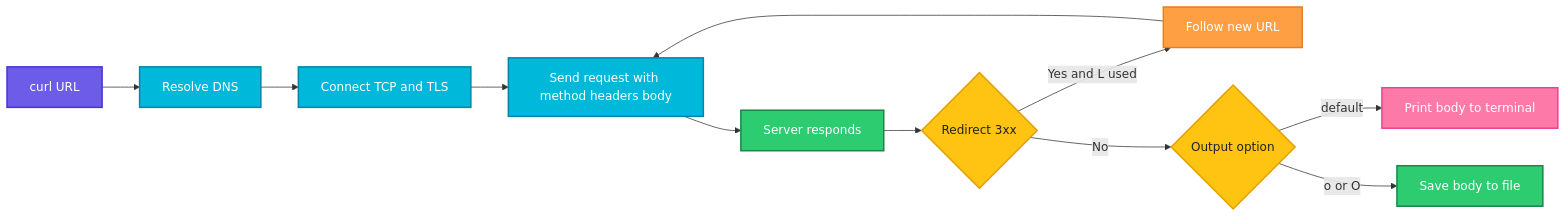
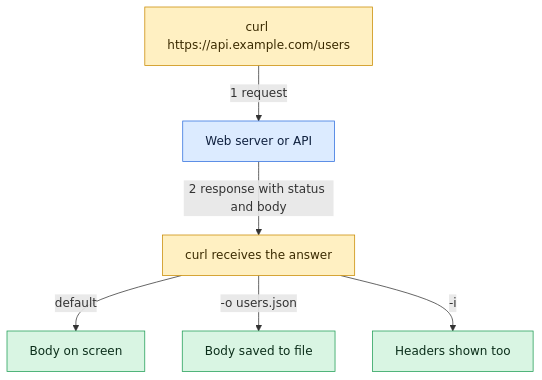
The diagram in linux/networking/curl.md (codeKerdosTech/DevOps-Documentation), drawn with Mermaid before and after one commit. The commit also changed other lines of this file and 165 other files, not shown here.

Commit message:
updated diagrams in linux

````diff
--- a/linux/networking/curl.md
+++ b/linux/networking/curl.md
@@ -14,27 +14,16 @@
 ```mermaid
-flowchart LR
-    A[curl URL] --> B[Resolve DNS]
-    B --> C[Connect TCP and TLS]
-    C --> D[Send request with method headers body]
-    D --> E[Server responds]
-    E --> F{Redirect 3xx}
-    F -->|Yes and L used| G[Follow new URL]
-    F -->|No| H{Output option}
-    G --> D
-    H -->|default| I[Print body to terminal]
-    H -->|o or O| J[Save body to file]
-    classDef start fill:#6C5CE7,stroke:#4834D4,stroke-width:2px,color:#fff
-    classDef proc fill:#00B8D9,stroke:#0087A8,stroke-width:2px,color:#fff
-    classDef dec fill:#FFC312,stroke:#E1A100,stroke-width:2px,color:#222
-    classDef ok fill:#2ECC71,stroke:#1E8449,stroke-width:2px,color:#fff
-    classDef err fill:#FF4757,stroke:#C0392B,stroke-width:2px,color:#fff
-    classDef out fill:#FD79A8,stroke:#E84393,stroke-width:2px,color:#fff
-    classDef alt fill:#FF9F43,stroke:#E67E22,stroke-width:2px,color:#fff
-    class A start
-    class B,C,D proc
-    class E ok
-    class F,H dec
-    class G alt
-    class I out
-    class J ok
+flowchart TD
+    c1[curl https://api.example.com/users] -->|1 request| i1[Web server or API]
+    i1 -->|2 response with status and body| c2[curl receives the answer]
+    c2 -->|default| o1[Body on screen]
+    c2 -->|-o users.json| o2[Body saved to file]
+    c2 -->|-i| o3[Headers shown too]
+    classDef inp fill:#DCEBFF,stroke:#2F6FDE,color:#10213F
+    classDef cmd fill:#FFF0C2,stroke:#C98A00,color:#3A2A00
+    classDef out fill:#D9F5E3,stroke:#1F9D55,color:#0B2E1A
+    classDef bad fill:#FDE0E0,stroke:#D13B3B,color:#4A0F0F
+    classDef note fill:#ECEFF3,stroke:#7B8794,color:#1F2933
+    class c1,c2 cmd
+    class i1 inp
+    class o1,o2,o3 out
 ```
````
